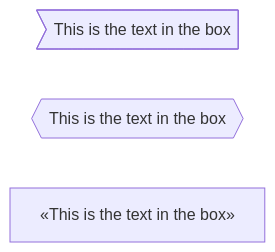
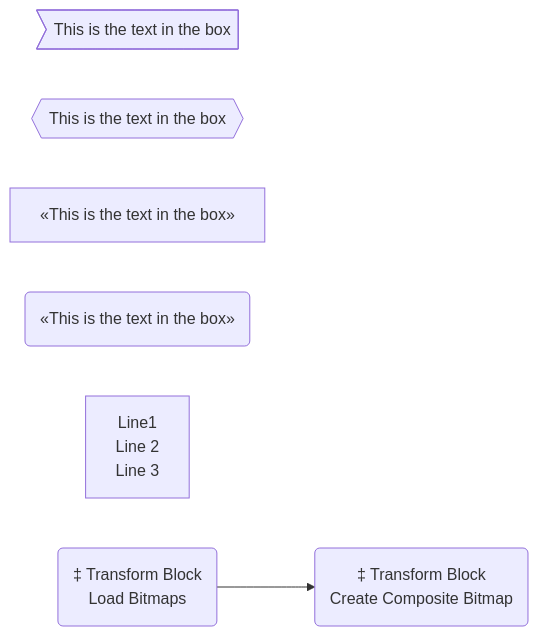
Before and after one commit to MartinRL/TplDataflow: the diagram in CompositeImages/CompositeImages.mmd, drawn with Mermaid.

Commit message:
adding double dagger according to
https://learn.microsoft.com/en-us/dotnet/standard/parallel-programming/walkthrough-using-dataflow-in-a-windows-forms-application

```diff
--- a/CompositeImages/CompositeImages.mmd
+++ b/CompositeImages/CompositeImages.mmd
@@ -1,6 +1,20 @@
 flowchart LR
     id1>This is the text in the box]
 
     id2{{This is the text in the box}}
 
     id3["«This is the text in the box»"]
+
+    id4("«This is the text in the box»")
+
+    newLines["Line1
+    Line 2
+    Line 3"]
+
+    lB("‡ Transform Block 
+    Load Bitmaps")
+
+    cCB("‡ Transform Block 
+    Create Composite Bitmap")
+
+    lB --> cCB
```
